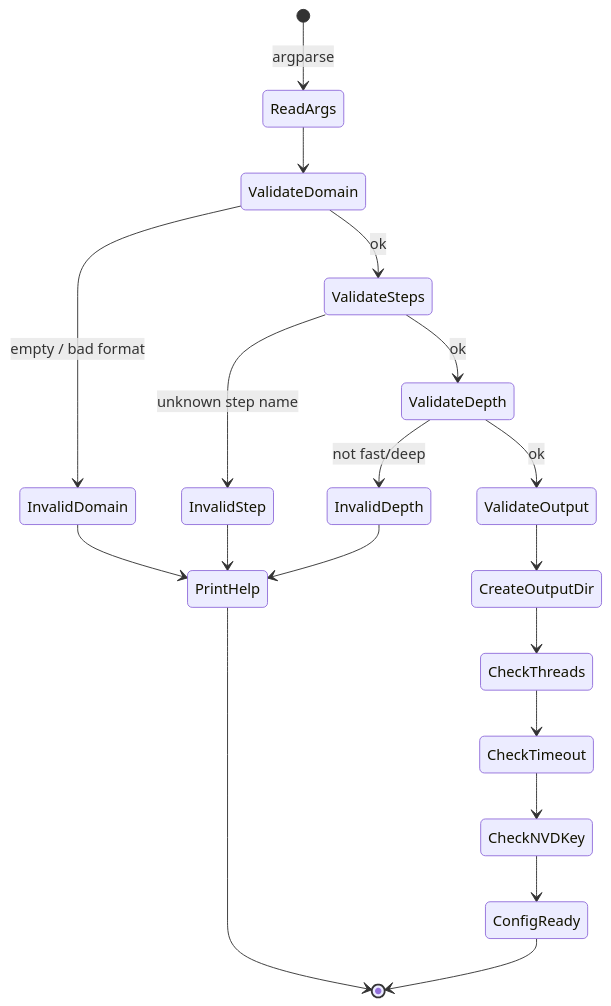
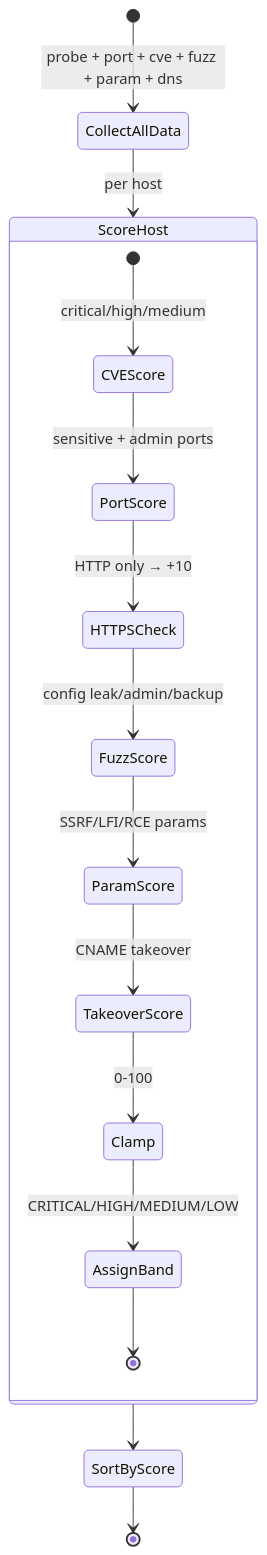
Before and after one commit to minhnnptit/reconrisk: diagram 11 of 12 in state_machines.md, drawn with Mermaid. The commit also changed other lines of this file and 9 other files, not shown here.

````diff
--- a/state_machines.md
+++ b/state_machines.md
@@ -431,29 +359,20 @@
 ```mermaid
 stateDiagram-v2
-    [*] --> ReadArgs : argparse
+    [*] --> CollectAllData : probe + port + cve + fuzz + param + dns
 
-    ReadArgs --> ValidateDomain
-    ValidateDomain --> InvalidDomain : empty / bad format
-    ValidateDomain --> ValidateSteps : ok
+    state ScoreHost {
+        [*] --> CVEScore : critical/high/medium
+        CVEScore --> PortScore : sensitive + admin ports
+        PortScore --> HTTPSCheck : HTTP only → +10
+        HTTPSCheck --> FuzzScore : config leak/admin/backup
+        FuzzScore --> ParamScore : SSRF/LFI/RCE params
+        ParamScore --> TakeoverScore : CNAME takeover
+        TakeoverScore --> Clamp : 0-100
+        Clamp --> AssignBand : CRITICAL/HIGH/MEDIUM/LOW
+        AssignBand --> [*]
+    }
 
-    InvalidDomain --> PrintHelp
-    PrintHelp --> [*]
-
-    ValidateSteps --> InvalidStep : unknown step name
-    ValidateSteps --> ValidateDepth : ok
-
-    InvalidStep --> PrintHelp
-
-    ValidateDepth --> InvalidDepth : not fast/deep
-    ValidateDepth --> ValidateOutput : ok
-
-    InvalidDepth --> PrintHelp
-
-    ValidateOutput --> CreateOutputDir
-    CreateOutputDir --> CheckThreads
-    CheckThreads --> CheckTimeout
-    CheckTimeout --> CheckNVDKey
-
-    CheckNVDKey --> ConfigReady
-    ConfigReady --> [*]
+    CollectAllData --> ScoreHost : per host
+    ScoreHost --> SortByScore
+    SortByScore --> [*]
 ```
````
